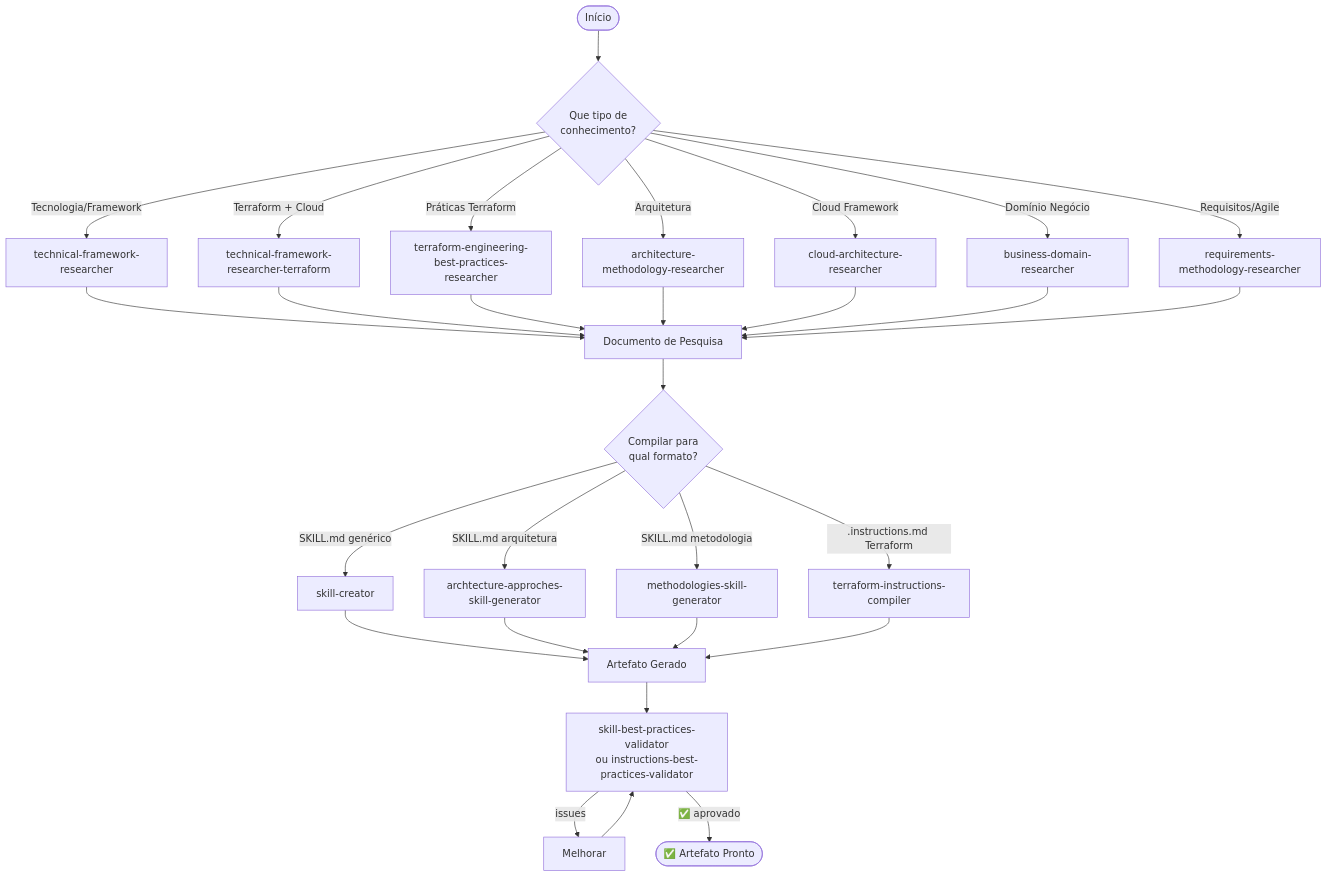
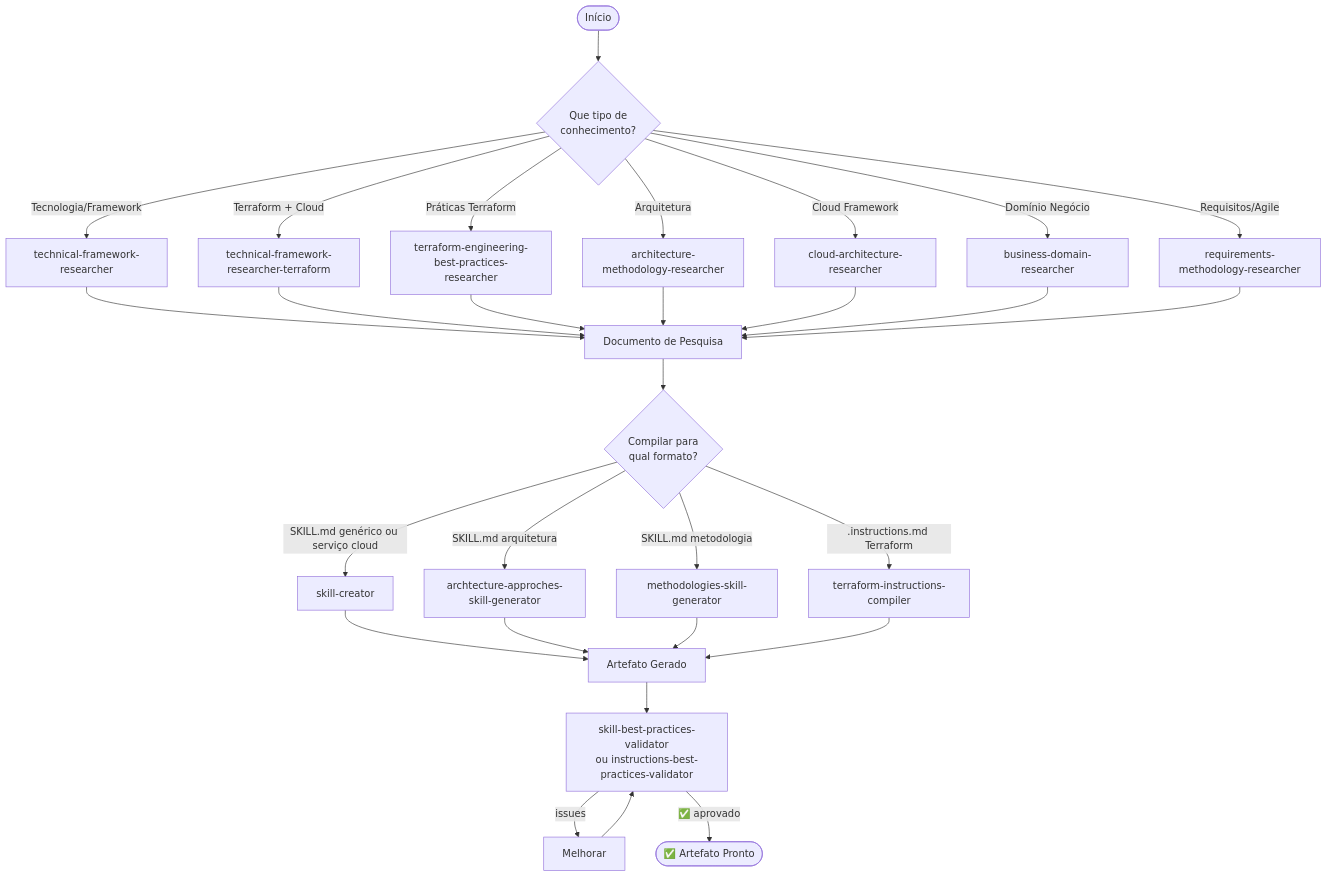
Before and after one commit to rodrigo-mendes/agents-factory: the first of 2 diagrams in docs/fluxos/fluxo-base-conhecimento.md, drawn with Mermaid. The commit also changed other lines of this file and 3 other files, not shown here.

````diff
--- a/docs/fluxos/fluxo-base-conhecimento.md
+++ b/docs/fluxos/fluxo-base-conhecimento.md
@@ -9,39 +9,39 @@
 ```mermaid
 flowchart TD
     START([Início]) --> CHOOSE{Que tipo de<br/>conhecimento?}
     
     CHOOSE -->|Tecnologia/Framework| R1[technical-framework-researcher]
     CHOOSE -->|Terraform + Cloud| R2[technical-framework-researcher-terraform]
     CHOOSE -->|Práticas Terraform| R3[terraform-engineering-best-practices-researcher]
     CHOOSE -->|Arquitetura| R4[architecture-methodology-researcher]
     CHOOSE -->|Cloud Framework| R5[cloud-architecture-researcher]
     CHOOSE -->|Domínio Negócio| R6[business-domain-researcher]
     CHOOSE -->|Requisitos/Agile| R7[requirements-methodology-researcher]
     
     R1 --> DOC[Documento de Pesquisa]
     R2 --> DOC
     R3 --> DOC
     R4 --> DOC
     R5 --> DOC
     R6 --> DOC
     R7 --> DOC
     
     DOC --> COMPILE{Compilar para<br/>qual formato?}
     
-    COMPILE -->|SKILL.md genérico| C1[skill-creator]
+    COMPILE -->|SKILL.md genérico ou serviço cloud| C1[skill-creator]
     COMPILE -->|SKILL.md arquitetura| C2[archtecture-approches-skill-generator]
     COMPILE -->|SKILL.md metodologia| C3[methodologies-skill-generator]
     COMPILE -->|.instructions.md Terraform| C4[terraform-instructions-compiler]
     
     C1 --> ART[Artefato Gerado]
     C2 --> ART
     C3 --> ART
     C4 --> ART
     
     ART --> VALID[skill-best-practices-validator<br/>ou instructions-best-practices-validator]
     
     VALID -->|issues| IMPROVE[Melhorar]
     IMPROVE --> VALID
     
     VALID -->|✅ aprovado| DONE([✅ Artefato Pronto])
 ```
````
